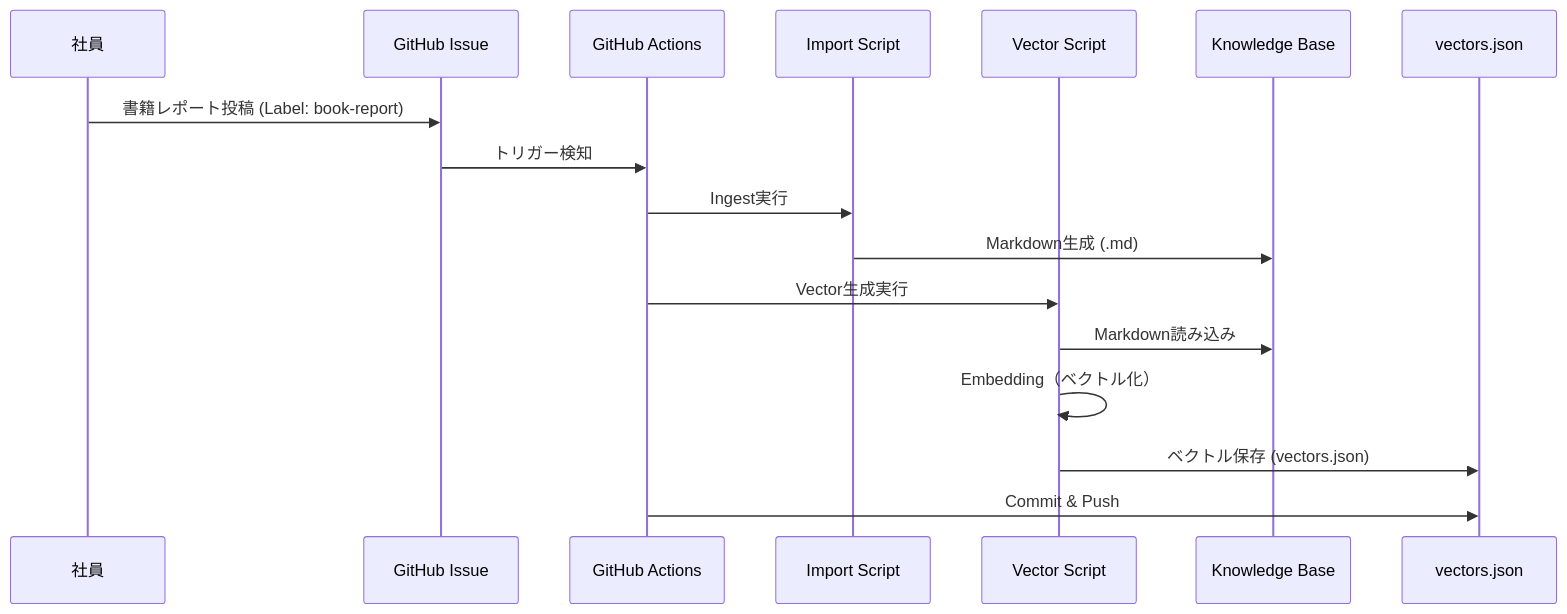
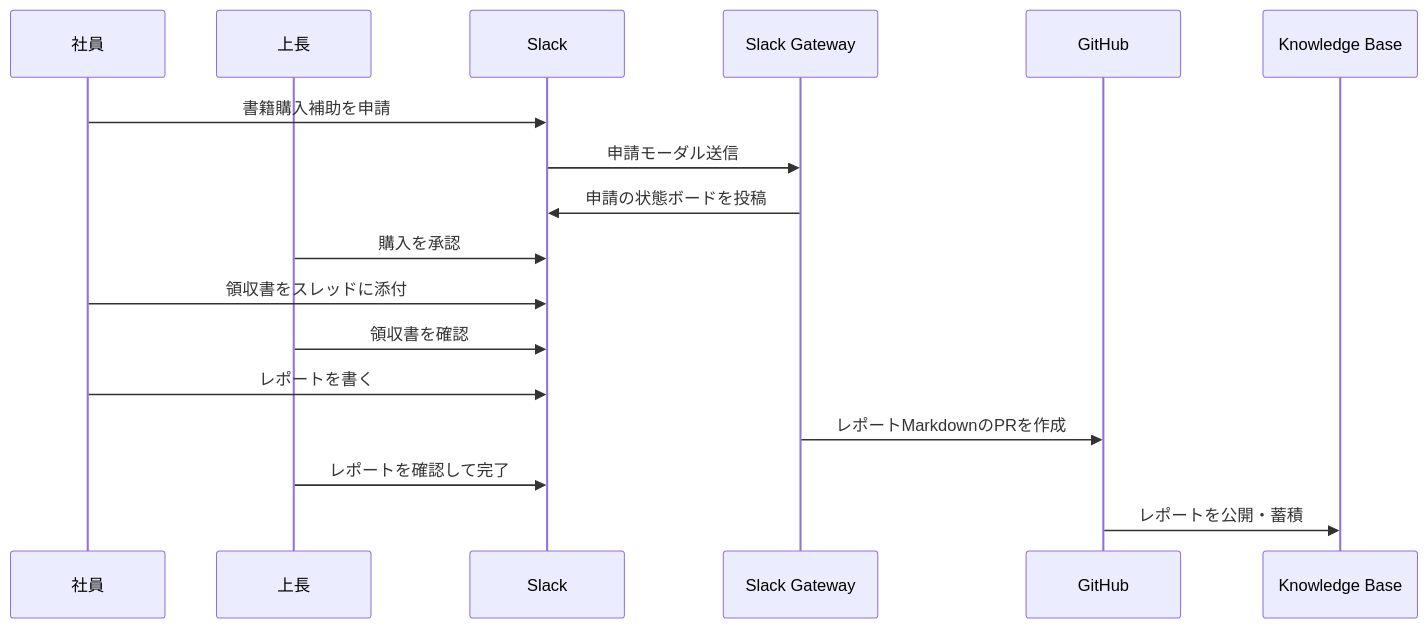
Before and after one commit to Saitekiinc-com/saiteki-doc: the first of 2 diagrams in docs/practices/lv3/reading_cycle.md, drawn with Mermaid. The commit also changed other lines of this file and 7 other files, not shown here.

````diff
--- a/docs/practices/lv3/reading_cycle.md
+++ b/docs/practices/lv3/reading_cycle.md
@@ -21,20 +28,20 @@
 ```mermaid
 sequenceDiagram
     participant User as 社員
-    participant Issue as GitHub Issue
-    participant Action as GitHub Actions
-    participant Ingest as Import Script
-    participant Vector as Vector Script
+    participant Manager as 上長
+    participant Slack as Slack
+    participant Worker as Slack Gateway
+    participant GitHub as GitHub
     participant KB as Knowledge Base
-    participant JSON as vectors.json
 
-    User->>Issue: 書籍レポート投稿 (Label: book-report)
-    Issue->>Action: トリガー検知
-    Action->>Ingest: Ingest実行
-    Ingest->>KB: Markdown生成 (.md)
-    Action->>Vector: Vector生成実行
-    Vector->>KB: Markdown読み込み
-    Vector->>Vector: Embedding（ベクトル化）
-    Vector->>JSON: ベクトル保存 (vectors.json)
-    Action->>JSON: Commit & Push
+    User->>Slack: 書籍購入補助を申請
+    Slack->>Worker: 申請モーダル送信
+    Worker->>Slack: 申請の状態ボードを投稿
+    Manager->>Slack: 購入を承認
+    User->>Slack: 領収書をスレッドに添付
+    Manager->>Slack: 領収書を確認
+    User->>Slack: レポートを書く
+    Worker->>GitHub: レポートMarkdownのPRを作成
+    Manager->>Slack: レポートを確認して完了
+    GitHub->>KB: レポートを公開・蓄積
 ```
````
